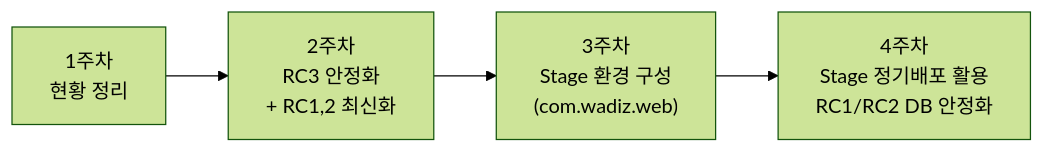
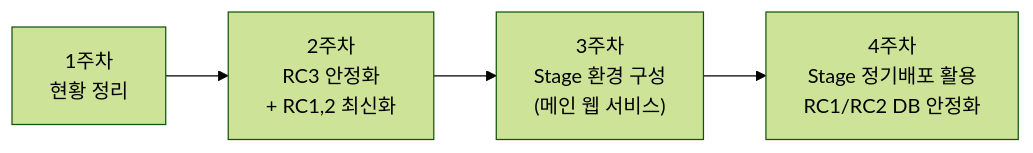
One commit to dkyos/dkyos-portfolio changed the diagram in drafts/2023-cto-retrospective.md. Above: the diagram before and after it, drawn with Mermaid (forest theme). The commit also changed other lines of this file and 2 other files, not shown here.

Commit message:
fix: 블로그 초안에서 회사명(wadiz/와디즈) 제거
- 2025 회고: 도메인, 패키지명, 프로젝트명 일반화
- 2024 회고: "와디즈" → "자사"로 변경
- 2023 회고: 패키지명, 클래스명 일반화

```diff
--- a/drafts/2023-cto-retrospective.md
+++ b/drafts/2023-cto-retrospective.md
@@ -35,6 +35,6 @@
 <div class="mermaid">
 flowchart LR
     W1["1주차\n현황 정리"] --> W2["2주차\nRC3 안정화\n+ RC1,2 최신화"]
-    W2 --> W3["3주차\nStage 환경 구성\n(com.wadiz.web)"]
+    W2 --> W3["3주차\nStage 환경 구성\n(메인 웹 서비스)"]
     W3 --> W4["4주차\nStage 정기배포 활용\nRC1/RC2 DB 안정화"]
 </div>
```
